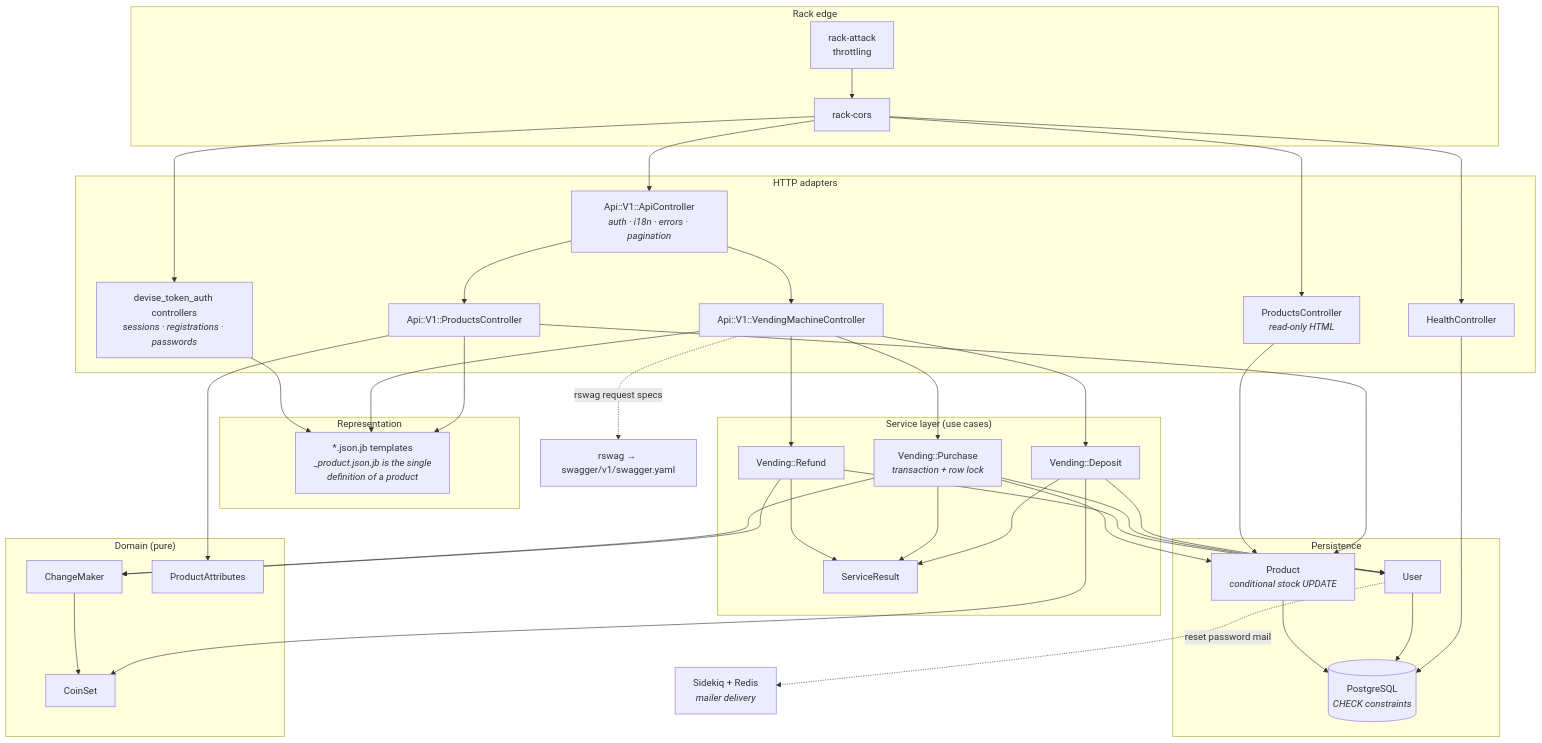
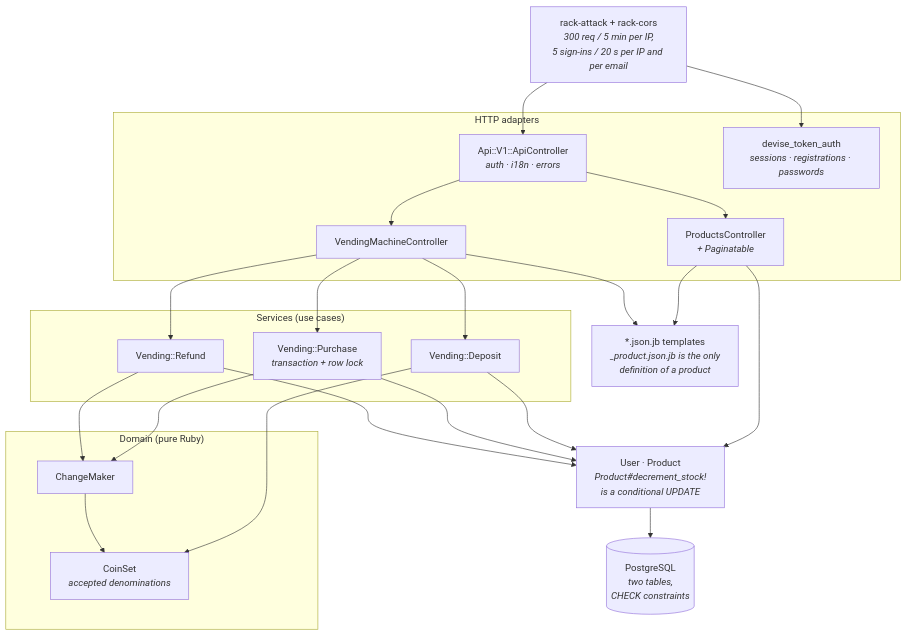
Before and after one commit to dev-sas002/vendingMachine: the second of 2 diagrams in readme.md, drawn with Mermaid. The commit also changed other lines of this file, not shown here.

````diff
--- a/readme.md
+++ b/readme.md
@@ -128,74 +194,36 @@
 ```mermaid
 flowchart TD
-    subgraph edge["Rack edge"]
-        RA["rack-attack<br/>throttling"]
-        CORS["rack-cors"]
+    RA["rack-attack + rack-cors<br/><i>300 req / 5 min per IP,<br/>5 sign-ins / 20 s per IP and per email</i>"]
+
+    subgraph http["HTTP adapters"]
+        API["Api::V1::ApiController<br/><i>auth · i18n · errors</i>"]
+        PROD["ProductsController<br/><i>+ Paginatable</i>"]
+        VEND["VendingMachineController"]
+        DTA["devise_token_auth<br/><i>sessions · registrations · passwords</i>"]
     end
 
-    subgraph http["HTTP adapters"]
-        API["Api::V1::ApiController<br/><i>auth &middot; i18n &middot; errors &middot; pagination</i>"]
-        PROD["Api::V1::ProductsController"]
-        VEND["Api::V1::VendingMachineController"]
-        DTA["devise_token_auth controllers<br/><i>sessions &middot; registrations &middot; passwords</i>"]
-        HTML["ProductsController<br/><i>read-only HTML</i>"]
-        HEALTH["HealthController"]
-    end
+    JB["*.json.jb templates<br/><i>_product.json.jb is the only<br/>definition of a product</i>"]
 
-    subgraph views["Representation"]
-        JB["*.json.jb templates<br/><i>_product.json.jb is the single<br/>definition of a product</i>"]
-    end
-
-    subgraph services["Service layer (use cases)"]
+    subgraph services["Services (use cases)"]
         DEP["Vending::Deposit"]
         BUY["Vending::Purchase<br/><i>transaction + row lock</i>"]
         REF["Vending::Refund"]
-        RES["ServiceResult"]
     end
 
-    subgraph domain["Domain (pure)"]
-        COIN["CoinSet"]
+    subgraph domain["Domain (pure Ruby)"]
         CHANGE["ChangeMaker"]
-        PATTR["ProductAttributes"]
+        COIN["CoinSet<br/><i>accepted denominations</i>"]
     end
 
-    subgraph data["Persistence"]
-        USER["User"]
-        PRODUCT["Product<br/><i>conditional stock UPDATE</i>"]
-        PG[("PostgreSQL<br/><i>CHECK constraints</i>")]
-    end
+    MODELS["User · Product<br/><i>Product#decrement_stock!<br/>is a conditional UPDATE</i>"]
+    PG[("PostgreSQL<br/><i>two tables,<br/>CHECK constraints</i>")]
 
-    JOBS["Sidekiq + Redis<br/><i>mailer delivery</i>"]
-    DOCS["rswag &rarr; swagger/v1/swagger.yaml"]
-
-    RA --> CORS --> API
-    CORS --> DTA
-    CORS --> HTML
-    CORS --> HEALTH
-    API --> PROD
-    API --> VEND
-    PROD --> JB
+    RA --> API & DTA
+    API --> PROD & VEND
+    PROD --> JB & MODELS
     VEND --> JB
-    DTA --> JB
-    PROD --> PATTR
-    VEND --> DEP
-    VEND --> BUY
-    VEND --> REF
-    DEP --> RES
-    BUY --> RES
-    REF --> RES
+    VEND --> DEP & BUY & REF
     DEP --> COIN
-    REF --> CHANGE
-    BUY --> CHANGE
-    CHANGE --> COIN
-    DEP --> USER
-    BUY --> USER
-    BUY --> PRODUCT
-    REF --> USER
-    PROD --> PRODUCT
-    HTML --> PRODUCT
-    HEALTH --> PG
-    USER --> PG
-    PRODUCT --> PG
-    USER -. "reset password mail" .-> JOBS
-    VEND -. "rswag request specs" .-> DOCS
+    BUY & REF --> CHANGE --> COIN
+    DEP & BUY & REF --> MODELS --> PG
 ```
````
